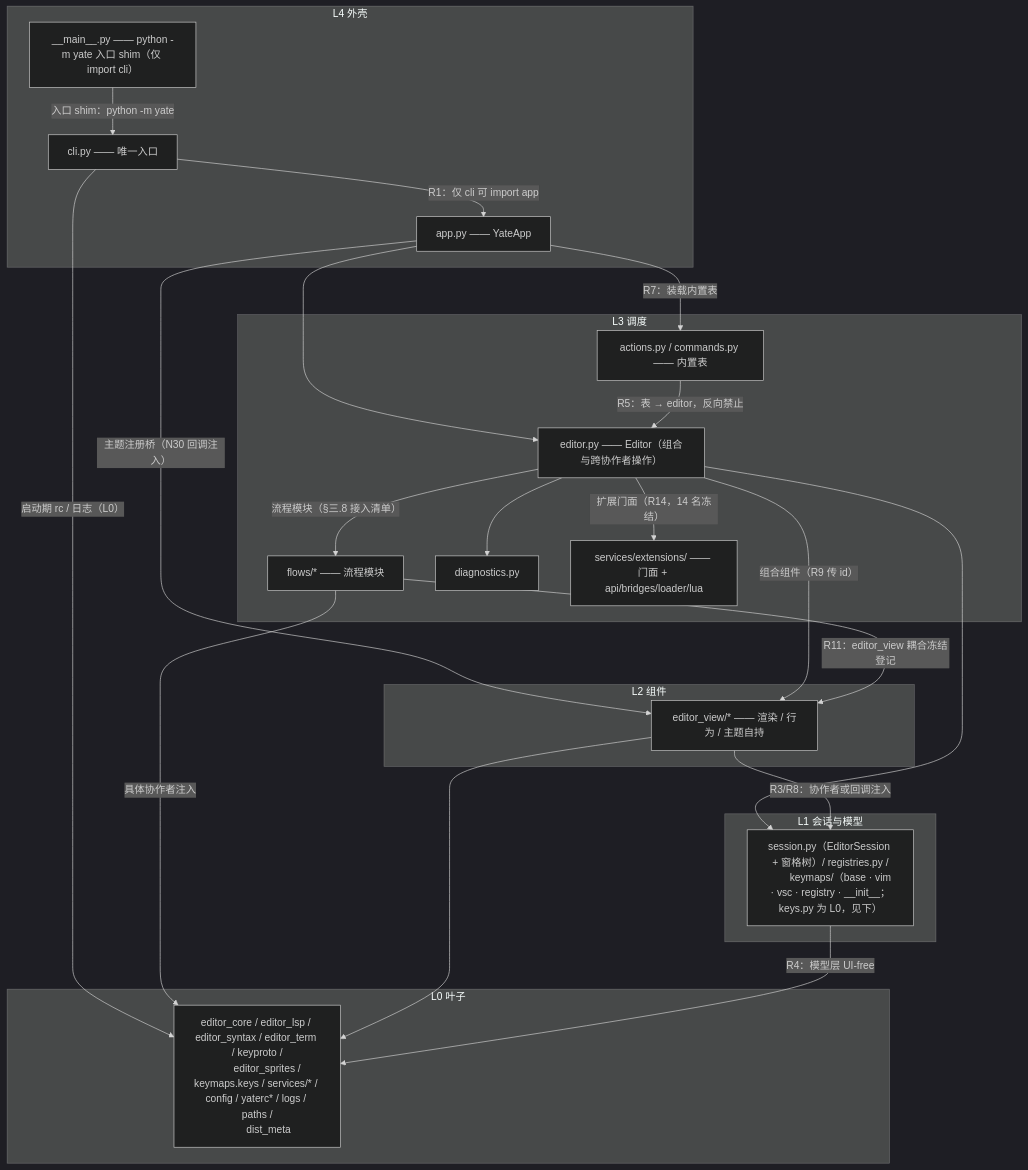
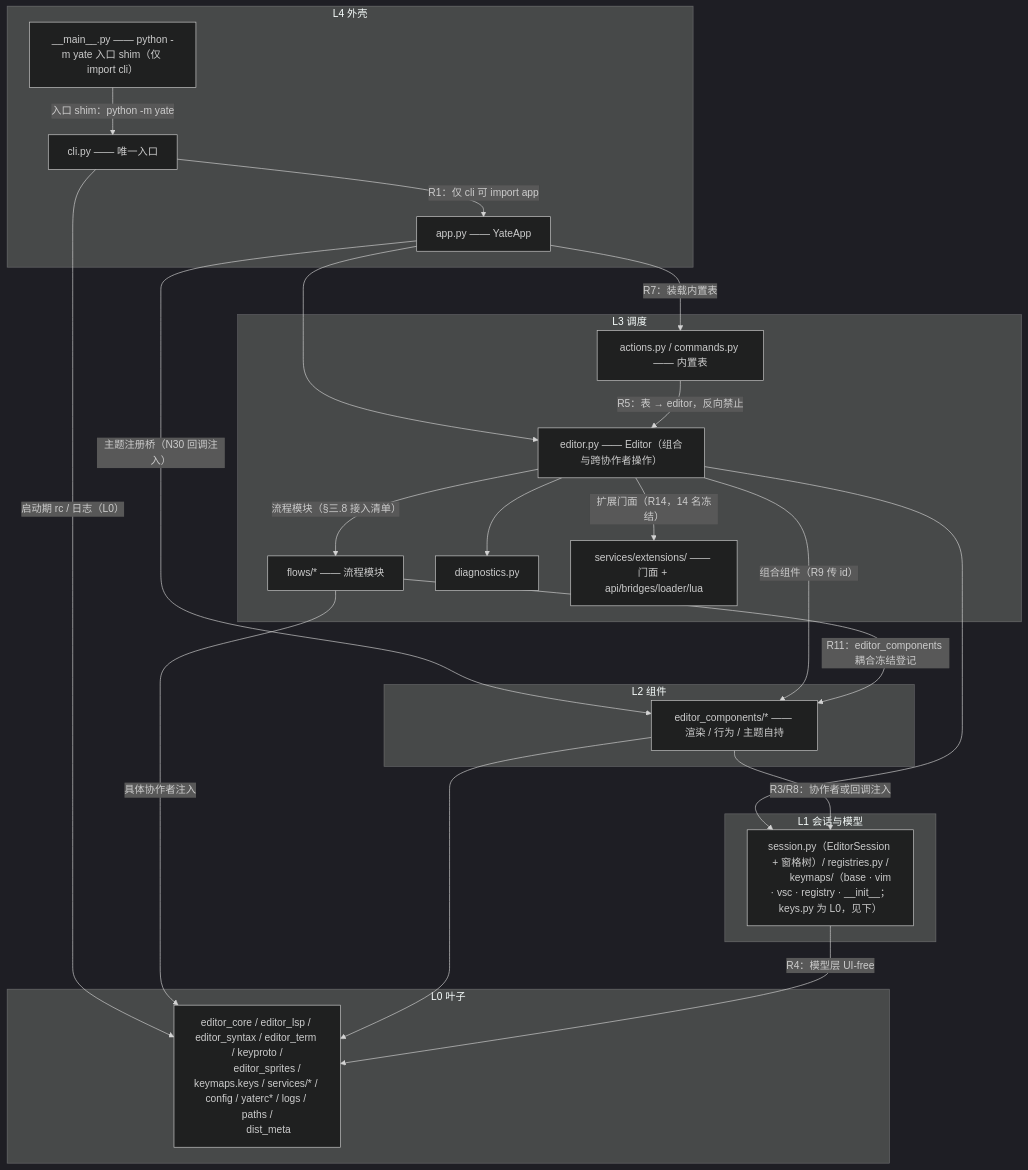
One commit to BigThxBrigde/yate changed the first of 2 diagrams in .trae/rules/architecture-boundaries.md. Above: the diagram before and after it, drawn with Mermaid (dark theme). The commit also changed other lines of this file and 197 other files, not shown here.

First line of the commit message:
refactor(components): rename editor_view package to editor_components

````diff
--- a/.trae/rules/architecture-boundaries.md
+++ b/.trae/rules/architecture-boundaries.md
@@ -60,45 +60,45 @@
 ```mermaid
 flowchart TD
     subgraph L4["L4 外壳"]
         MAIN["__main__.py —— python -m yate 入口 shim（仅 import cli）"]
         CLI["cli.py —— 唯一入口"]
         APP["app.py —— YateApp"]
     end
     subgraph L3["L3 调度"]
         ED["editor.py —— Editor（组合与跨协作者操作）"]
         TABLES["actions.py / commands.py —— 内置表"]
         FLOWS["flows/* —— 流程模块"]
         DIAG["diagnostics.py"]
         EXTF["services/extensions/ —— 门面 + api/bridges/loader/lua"]
     end
     subgraph L2["L2 组件"]
-        EV["editor_view/* —— 渲染 / 行为 / 主题自持"]
+        EV["editor_components/* —— 渲染 / 行为 / 主题自持"]
     end
     subgraph L1["L1 会话与模型"]
         SES["session.py（EditorSession + 窗格树）/ registries.py /
         keymaps/（base · vim · vsc · registry · __init__；keys.py 为 L0，见下）"]
     end
     subgraph L0["L0 叶子"]
         LEAVES["editor_core / editor_lsp / editor_syntax / editor_term / keyproto /
         editor_sprites / keymaps.keys / services/* / config / yaterc* / logs / paths /
         dist_meta"]
     end
 
     CLI -->|"R1：仅 cli 可 import app"| APP
     MAIN -->|"入口 shim：python -m yate"| CLI
     CLI -->|"启动期 rc / 日志（L0）"| LEAVES
     APP -->|"R7：装载内置表"| TABLES
     APP --> ED
     APP -->|"主题注册桥（N30 回调注入）"| EV
     TABLES -->|"R5：表 → editor，反向禁止"| ED
     ED -->|"组合组件（R9 传 id）"| EV
     ED -->|"流程模块（§三.8 接入清单）"| FLOWS
     ED --> DIAG
     ED -->|"扩展门面（R14，14 名冻结）"| EXTF
     ED --> SES
-    FLOWS -->|"R11：editor_view 耦合冻结登记"| EV
+    FLOWS -->|"R11：editor_components 耦合冻结登记"| EV
     FLOWS -->|"具体协作者注入"| LEAVES
     EV -->|"R3/R8：协作者或回调注入"| SES
     EV --> LEAVES
     SES -->|"R4：模型层 UI-free"| LEAVES
 ```
````
